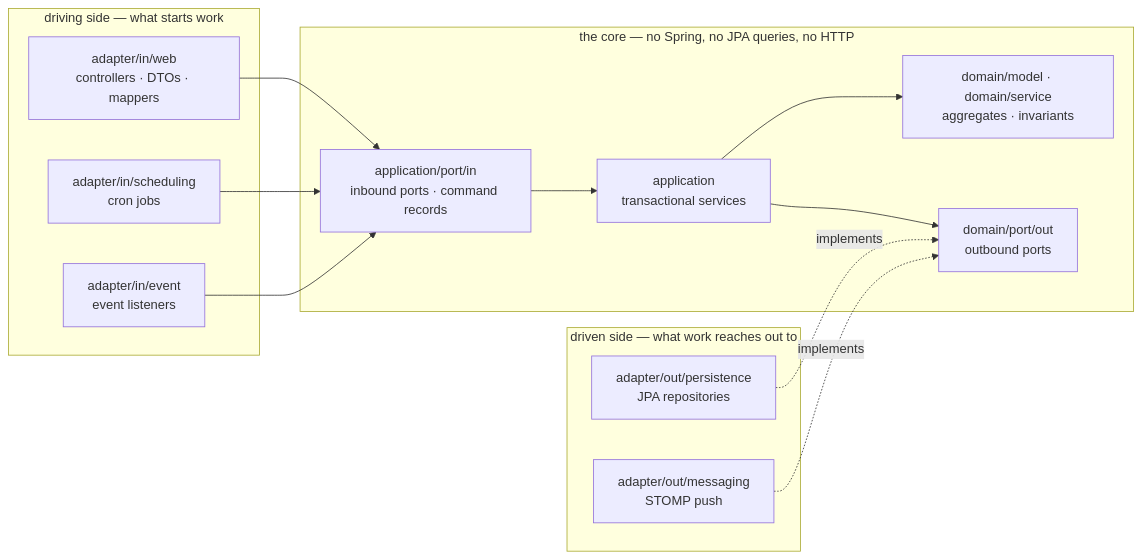
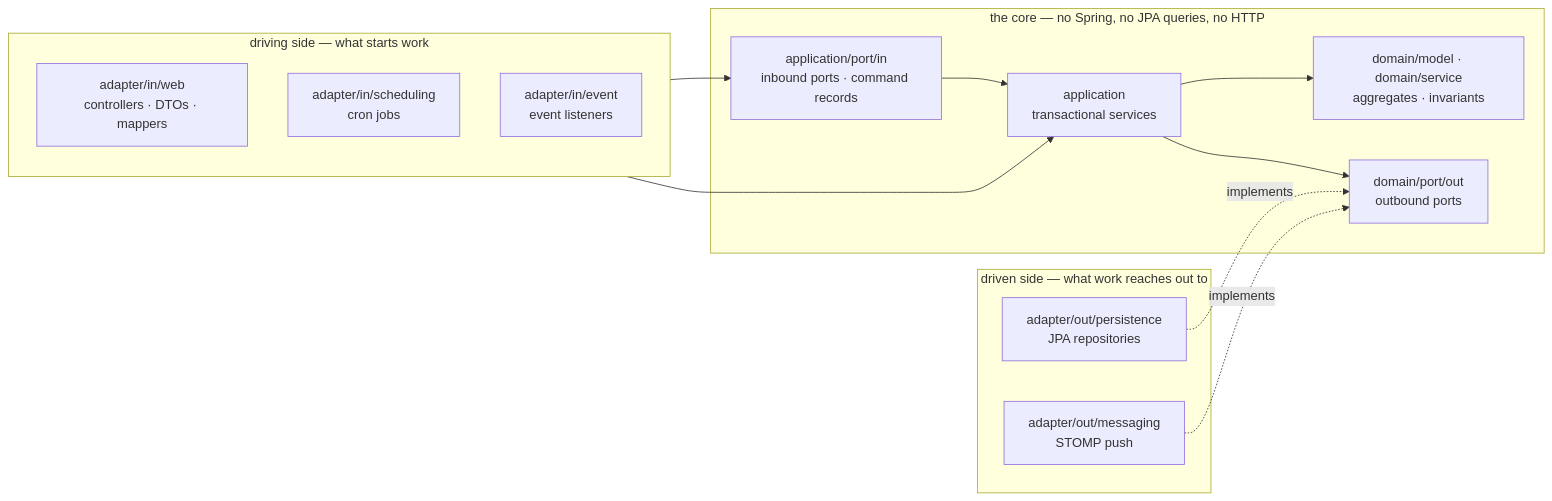
Before and after one commit to NaimElijah/UpHealther: the third of 7 diagrams in docs/architecture/arch-diagrams/README.md, drawn with Mermaid. The commit also changed other lines of this file and 15 other files, not shown here.

````diff
--- a/docs/architecture/arch-diagrams/README.md
+++ b/docs/architecture/arch-diagrams/README.md
@@ -115,29 +115,28 @@
 ```mermaid
 flowchart LR
     subgraph driving["driving side — what starts work"]
         web["adapter/in/web<br/>controllers · DTOs · mappers"]
         sched["adapter/in/scheduling<br/>cron jobs"]
         evt["adapter/in/event<br/>event listeners"]
     end
 
     subgraph core["the core — no Spring, no JPA queries, no HTTP"]
         portIn["application/port/in<br/>inbound ports · command records"]
         app["application<br/>transactional services"]
         domain["domain/model · domain/service<br/>aggregates · invariants"]
         portOut["domain/port/out<br/>outbound ports"]
     end
 
     subgraph driven["driven side — what work reaches out to"]
         persistence["adapter/out/persistence<br/>JPA repositories"]
         messaging["adapter/out/messaging<br/>STOMP push"]
     end
 
-    web --> portIn
-    sched --> portIn
-    evt --> portIn
+    driving --> portIn
+    driving --> app
     portIn --> app
     app --> domain
     app --> portOut
     persistence -. implements .-> portOut
     messaging -. implements .-> portOut
 ```
````
